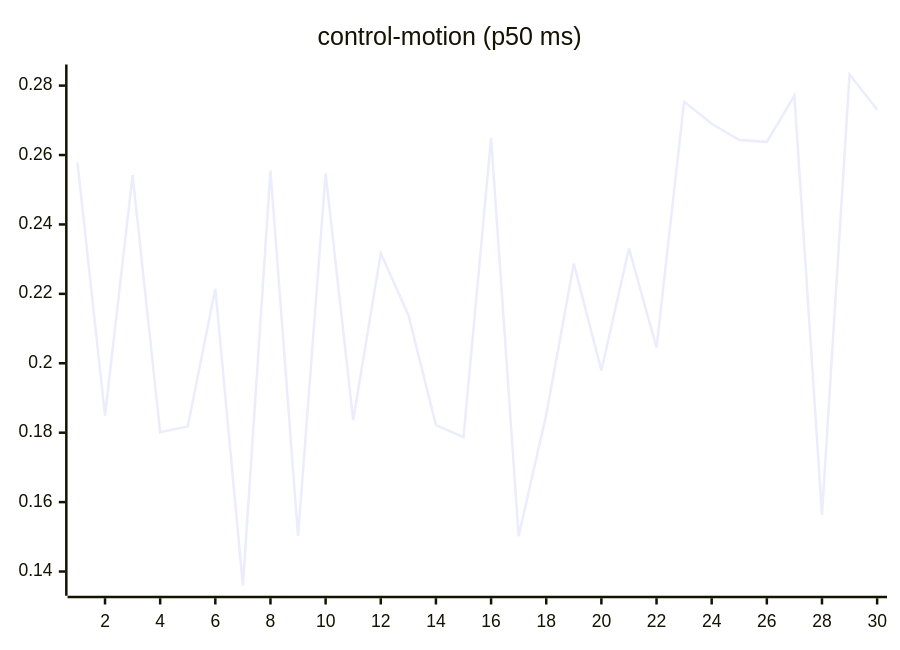
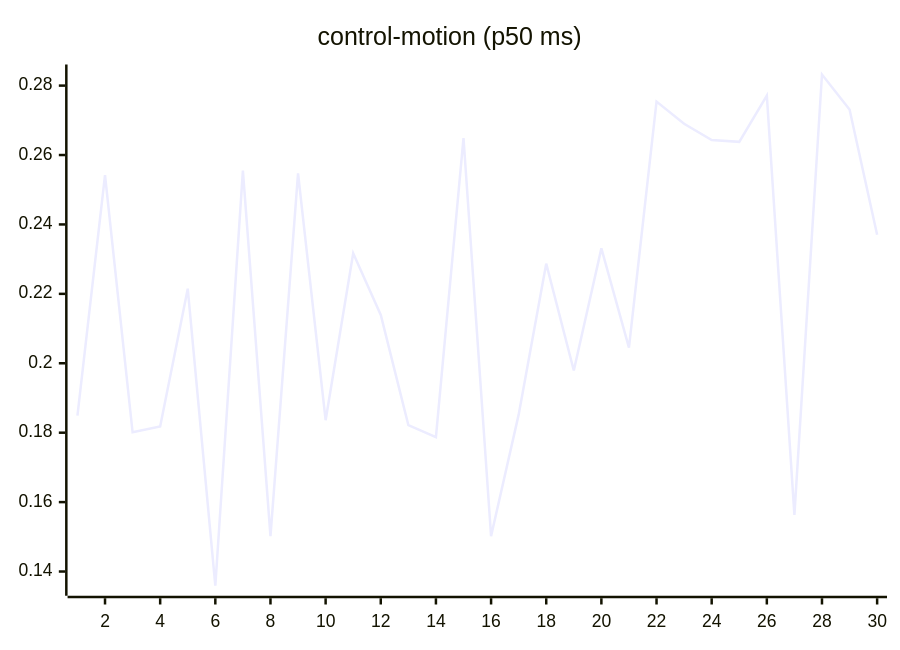
One commit to josha/Facet changed the seventh of 27 diagrams in README.md. Above: the diagram before and after it, drawn with Mermaid. The commit also changed other lines of this file and 2 other files, not shown here.

````diff
--- a/README.md
+++ b/README.md
@@ -105,6 +105,6 @@
 ```mermaid
 xychart-beta
     title "control-motion (p50 ms)"
     x-axis 1 --> 30
-    line [0.2579, 0.1849, 0.2542, 0.1801, 0.1818, 0.2215, 0.1359, 0.2555, 0.1502, 0.2547, 0.1836, 0.2317, 0.2139, 0.1822, 0.1787, 0.2649, 0.1502, 0.1852, 0.2287, 0.1979, 0.2331, 0.2045, 0.2754, 0.2690, 0.2643, 0.2638, 0.2771, 0.1563, 0.2832, 0.2731]
+    line [0.1849, 0.2542, 0.1801, 0.1818, 0.2215, 0.1359, 0.2555, 0.1502, 0.2547, 0.1836, 0.2317, 0.2139, 0.1822, 0.1787, 0.2649, 0.1502, 0.1852, 0.2287, 0.1979, 0.2331, 0.2045, 0.2754, 0.2690, 0.2643, 0.2638, 0.2771, 0.1563, 0.2832, 0.2731, 0.2370]
 ```
````
